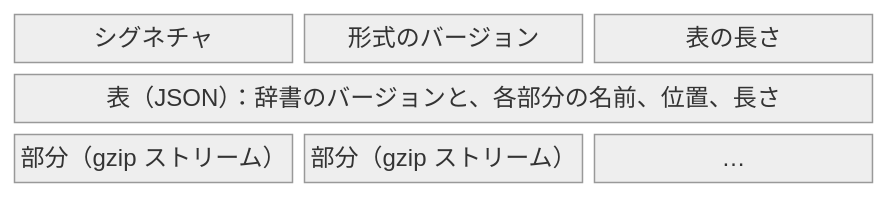
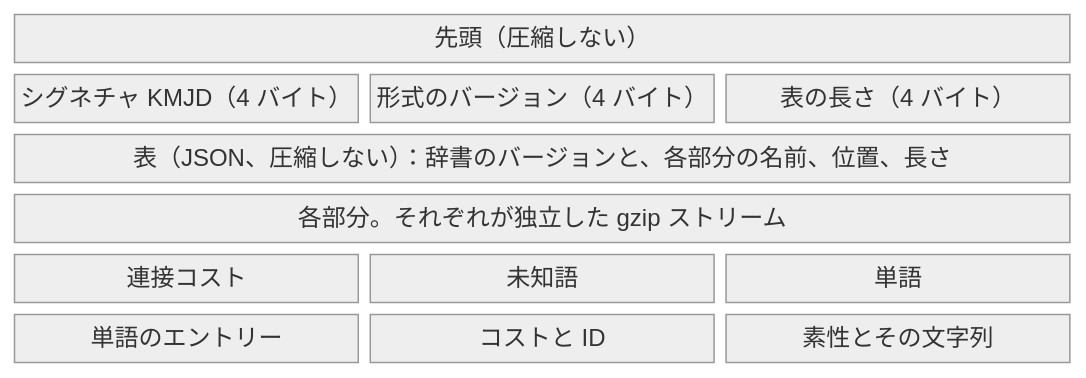
The first of 4 diagrams in docs/products/kuromojin/features/dictionary/design.ja.md (azu/kuromojin), drawn with Mermaid (neutral theme) before and after one commit. The commit also changed other lines of this file and 1 other file, not shown here.

Commit message:
docs: show the whole file of the dictionary in the diagram
Claude-Session: https://claude.ai/code/session_01TSdrAH6Tzz3ZGQ3oqCpGZ5

````diff
--- a/docs/products/kuromojin/features/dictionary/design.ja.md
+++ b/docs/products/kuromojin/features/dictionary/design.ja.md
@@ -78,7 +78,10 @@
 ```mermaid
 block-beta
     columns 3
-    s["シグネチャ"] v["形式のバージョン"] l["表の長さ"]
-    t["表（JSON）：辞書のバージョンと、各部分の名前、位置、長さ"]:3
-    p1["部分（gzip ストリーム）"] p2["部分（gzip ストリーム）"] p3["…"]
+    h["先頭（圧縮しない）"]:3
+    s["シグネチャ KMJD（4 バイト）"] v["形式のバージョン（4 バイト）"] l["表の長さ（4 バイト）"]
+    t["表（JSON、圧縮しない）：辞書のバージョンと、各部分の名前、位置、長さ"]:3
+    ph["各部分。それぞれが独立した gzip ストリーム"]:3
+    p1["連接コスト"] p2["未知語"] p3["単語"]
+    p4["単語のエントリー"] p5["コストと ID"] p6["素性とその文字列"]
 ```
````
